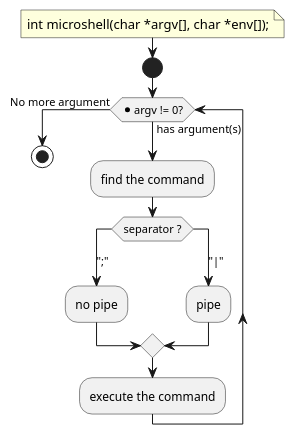
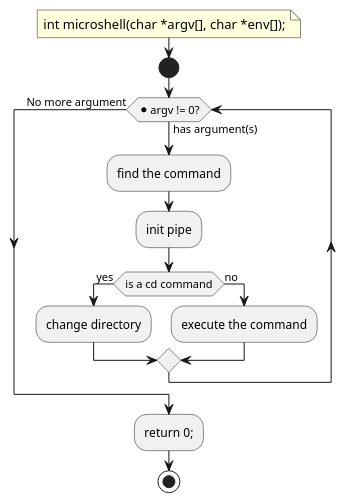
The second of 4 diagrams in assets/README.adoc (t-h2o/microshell), drawn with PlantUML before and after one commit. The commit also changed 1 other file, not shown here.

Commit message:
doc: update microshell diagram

```diff
--- a/assets/README.adoc
+++ b/assets/README.adoc
@@ -23,25 +23,25 @@
 [plantuml, target=microshell, format=svg, width=100%]
 ....
 @startuml
 skinparam defaultFontName JetBrains Mono ExtraBold
 
 note left
   int microshell(char *argv[], char *env[]);
 end note
 start
 
 while (*argv != 0?) is (has argument(s))
   :find the command;
-  switch (separator ?)
-  case (";")
-    :no pipe;
-  case ("|")
-    :pipe;
-  endswitch
-  :execute the command;
+  :init pipe;
+  if (is a cd command) then (yes)
+    :change directory;
+  else (no)
+    :execute the command;
+  endif
 endwhile (No more argument)
 
+:return 0;;
 stop
 
 @enduml
 ....
```
